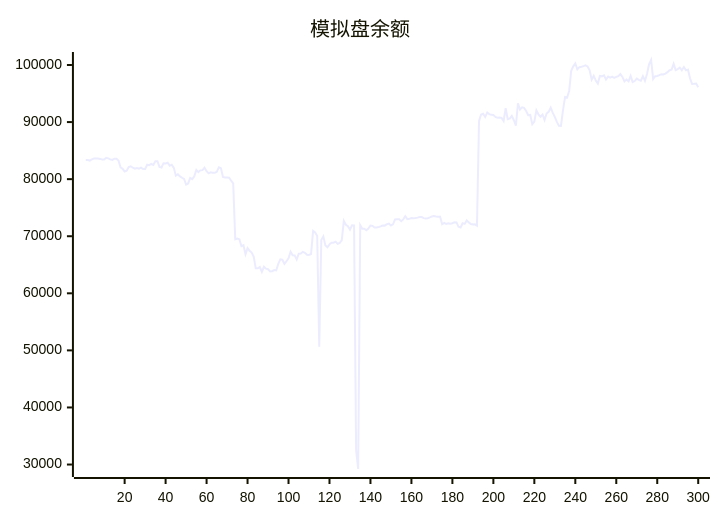
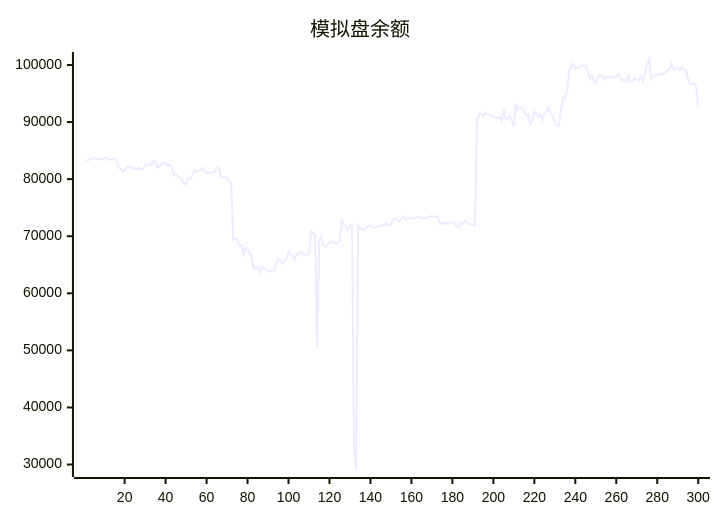
One commit to aahl/ai-trading changed the diagram in README.md. Above: the diagram before and after it, drawn with Mermaid. The commit also changed other lines of this file and 1 other file, not shown here.

````diff
--- a/README.md
+++ b/README.md
@@ -5,5 +5,5 @@
 ```mermaid
 xychart
     title "模拟盘余额"
-    line [83360,83357,83259,83474,83608,83606,83602,83548,83440,83454,83724,83644,83464,83365,83590,83592,83275,82072,81806,81344,81492,82109,82254,82006,81848,81955,81829,82022,81769,81776,82522,82441,82656,82498,83144,83144,82150,82038,82797,82763,82872,82367,82536,81981,80612,80862,80484,80242,80034,79063,79245,80226,80016,80507,81625,81233,81544,81578,82016,81401,81019,81186,81130,81118,81306,82066,81909,80392,80304,80291,80258,79729,79261,69466,69579,69456,68251,68415,66832,67911,67462,67144,66432,64380,64375,64606,63740,64647,64324,64216,63842,63877,64078,64008,65156,65945,65888,65157,65625,66144,67284,66653,66639,65924,66925,66956,67263,67108,66766,66729,66886,70927,70673,70049,50652,69334,69973,68400,68061,68578,68876,68879,69055,68662,68822,69329,72687,71999,71760,71162,71911,71896,32500,29218,71927,71297,71305,71044,71337,71883,71822,71536,71536,71622,71723,71880,71860,72100,72216,71887,72077,72940,72976,72966,72638,72948,73497,73004,73041,73173,73160,73186,73258,73375,73351,73173,73098,73161,73305,73474,73536,73457,73413,73412,72100,72333,72164,72272,72204,72285,72461,72421,71652,71521,72267,72157,72774,72424,72144,72060,72091,71858,90185,91338,91466,90900,91678,91404,91268,91244,90903,90779,90787,90721,90187,92429,90518,90619,91070,90328,89376,93286,92202,92581,92485,91947,91196,91259,89619,90086,92063,91355,90950,91327,90373,91498,91800,92531,91603,90910,90031,89351,89334,92097,94406,94315,95455,98972,99763,100286,99229,99622,99701,99805,99938,99738,99082,97430,98094,97267,96741,98081,98013,98194,97447,97983,97789,97969,97729,97911,98043,98405,97912,97120,97448,97154,98095,97021,97190,97616,97402,97263,98035,97210,98424,100120,100876,97552,98049,98085,98228,98388,98342,98488,98750,99086,99181,100188,99107,99272,99553,99072,99636,99061,99186,97674,96679,96704,96743,96096]
+    line [83357,83259,83474,83608,83606,83602,83548,83440,83454,83724,83644,83464,83365,83590,83592,83275,82072,81806,81344,81492,82109,82254,82006,81848,81955,81829,82022,81769,81776,82522,82441,82656,82498,83144,83144,82150,82038,82797,82763,82872,82367,82536,81981,80612,80862,80484,80242,80034,79063,79245,80226,80016,80507,81625,81233,81544,81578,82016,81401,81019,81186,81130,81118,81306,82066,81909,80392,80304,80291,80258,79729,79261,69466,69579,69456,68251,68415,66832,67911,67462,67144,66432,64380,64375,64606,63740,64647,64324,64216,63842,63877,64078,64008,65156,65945,65888,65157,65625,66144,67284,66653,66639,65924,66925,66956,67263,67108,66766,66729,66886,70927,70673,70049,50652,69334,69973,68400,68061,68578,68876,68879,69055,68662,68822,69329,72687,71999,71760,71162,71911,71896,32500,29218,71927,71297,71305,71044,71337,71883,71822,71536,71536,71622,71723,71880,71860,72100,72216,71887,72077,72940,72976,72966,72638,72948,73497,73004,73041,73173,73160,73186,73258,73375,73351,73173,73098,73161,73305,73474,73536,73457,73413,73412,72100,72333,72164,72272,72204,72285,72461,72421,71652,71521,72267,72157,72774,72424,72144,72060,72091,71858,90185,91338,91466,90900,91678,91404,91268,91244,90903,90779,90787,90721,90187,92429,90518,90619,91070,90328,89376,93286,92202,92581,92485,91947,91196,91259,89619,90086,92063,91355,90950,91327,90373,91498,91800,92531,91603,90910,90031,89351,89334,92097,94406,94315,95455,98972,99763,100286,99229,99622,99701,99805,99938,99738,99082,97430,98094,97267,96741,98081,98013,98194,97447,97983,97789,97969,97729,97911,98043,98405,97912,97120,97448,97154,98095,97021,97190,97616,97402,97263,98035,97210,98424,100120,100876,97552,98049,98085,98228,98388,98342,98488,98750,99086,99181,100188,99107,99272,99553,99072,99636,99061,99186,97674,96679,96704,96743,96096,92830]
 ```
````
